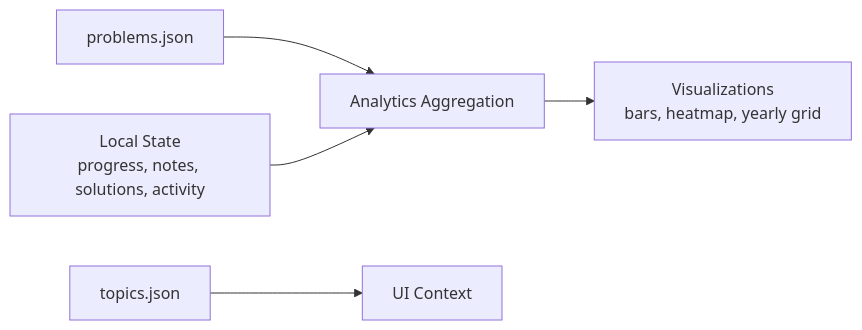
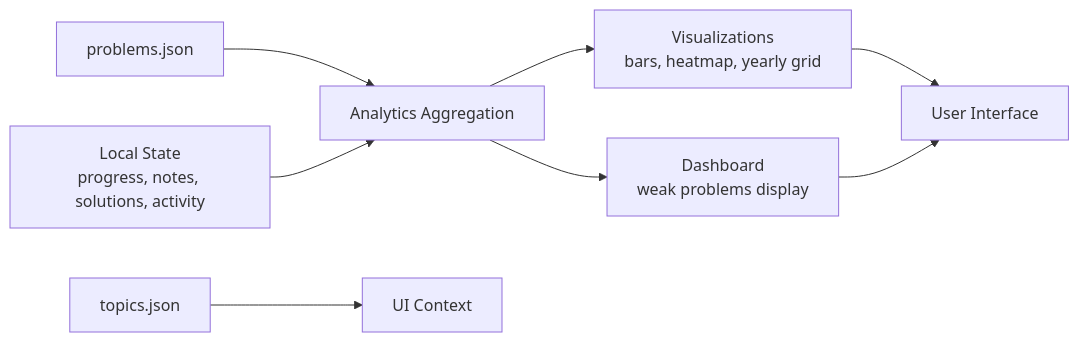
Before and after one commit to iamrituraj/DSA-Tracker: the seventh of 7 diagrams in .qoder/repowiki/en/content/Frontend Application/Analytics Component.md, drawn with Mermaid. The commit also changed other lines of this file and 34 other files, not shown here.

````diff
--- a/.qoder/repowiki/en/content/Frontend Application/Analytics Component.md
+++ b/.qoder/repowiki/en/content/Frontend Application/Analytics Component.md
@@ -287,7 +333,10 @@
 ```mermaid
 graph LR
 P["problems.json"] --> A["Analytics Aggregation"]
 L["Local State<br/>progress, notes, solutions, activity"] --> A
 T["topics.json"] --> UI["UI Context"]
 A --> V["Visualizations<br/>bars, heatmap, yearly grid"]
+A --> D["Dashboard<br/>weak problems display"]
+V --> U["User Interface"]
+D --> U
 ```
````
